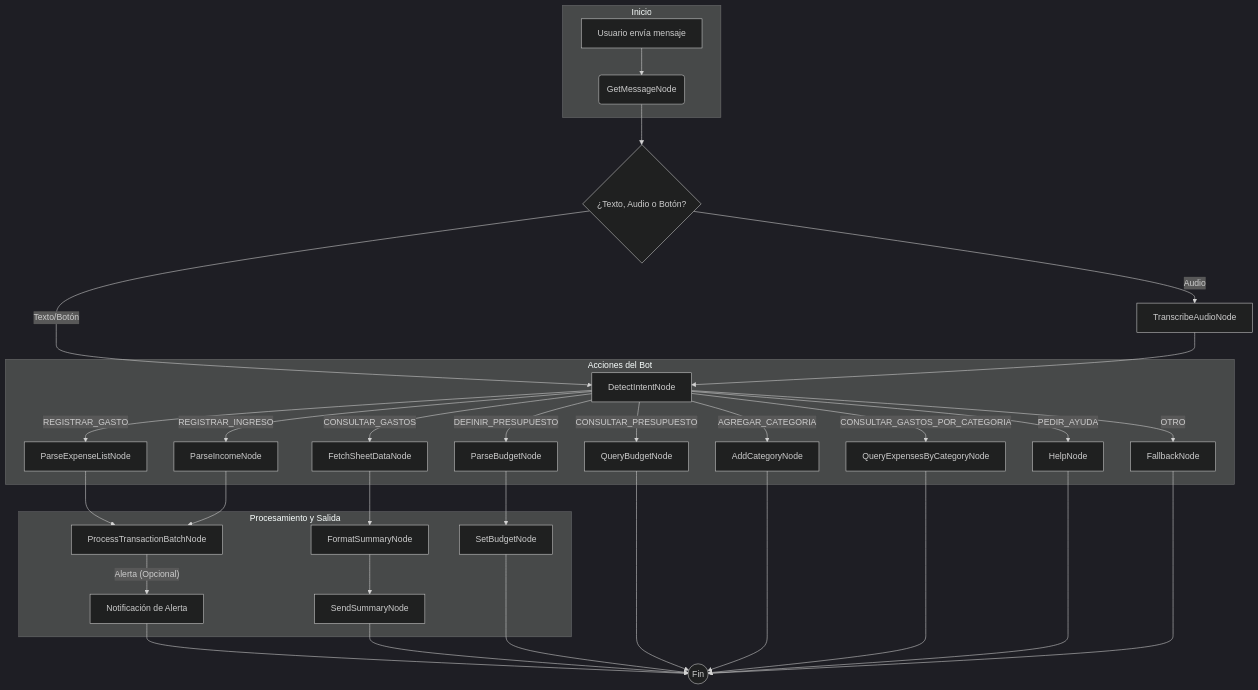
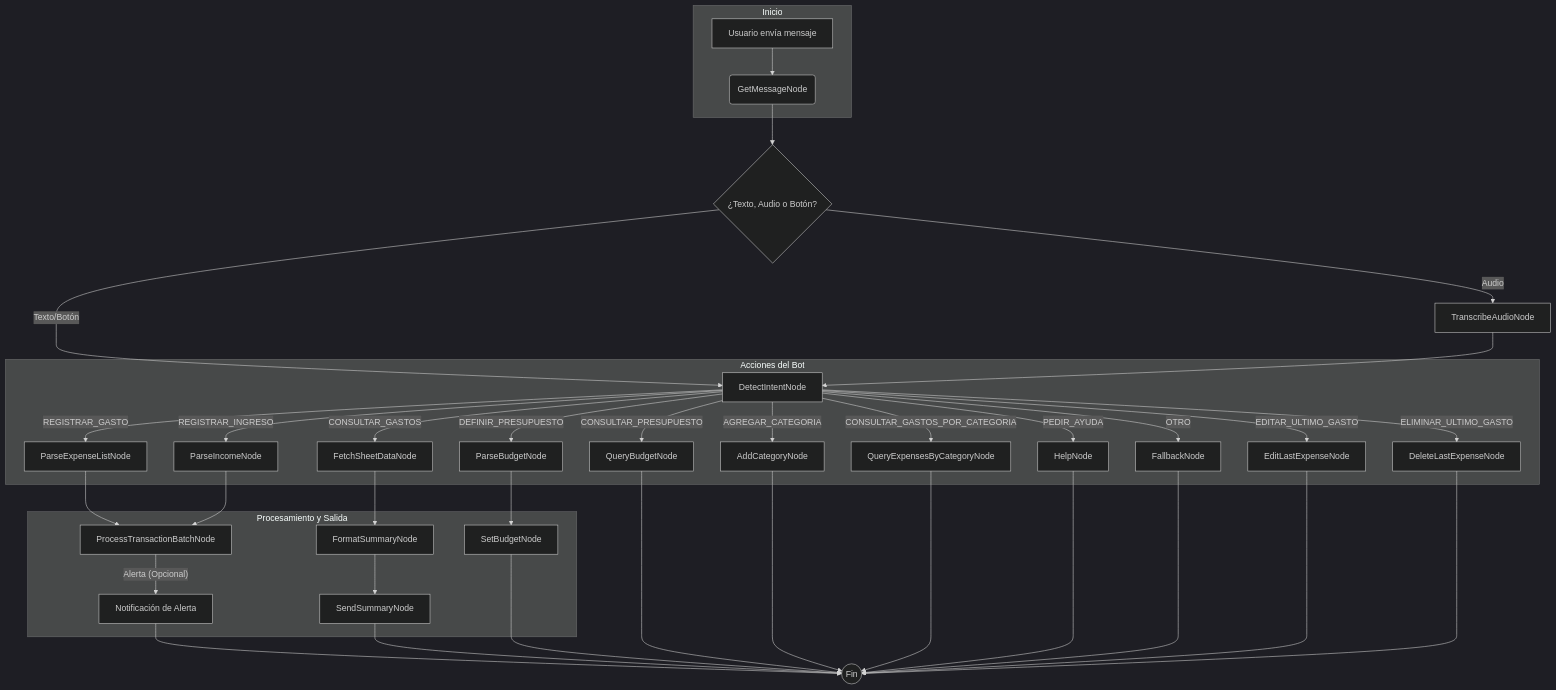
One commit to Juanchoalric/flux changed the diagram in README.md. Above: the diagram before and after it, drawn with Mermaid (dark theme). The commit also changed other lines of this file and 3 other files, not shown here.

Commit message:
Added edit and deletion for the last expense made

````diff
--- a/README.md
+++ b/README.md
@@ -34,41 +35,45 @@
 ```mermaid
 flowchart TD
     subgraph "Inicio"
         A[Usuario envía mensaje] --> B(GetMessageNode);
     end
 
     B --> C{¿Texto, Audio o Botón?};
     C -- Texto/Botón --> E[DetectIntentNode];
     C -- Audio --> D[TranscribeAudioNode];
     D --> E;
 
     subgraph "Acciones del Bot"
         E -- REGISTRAR_GASTO --> F[ParseExpenseListNode];
         E -- REGISTRAR_INGRESO --> G[ParseIncomeNode];
         E -- CONSULTAR_GASTOS --> H[FetchSheetDataNode];
         E -- DEFINIR_PRESUPUESTO --> I[ParseBudgetNode];
         E -- CONSULTAR_PRESUPUESTO --> J[QueryBudgetNode];
         E -- AGREGAR_CATEGORIA --> Q[AddCategoryNode];
         E -- CONSULTAR_GASTOS_POR_CATEGORIA --> R[QueryExpensesByCategoryNode];
         E -- PEDIR_AYUDA --> S[HelpNode];
         E -- OTRO --> T[FallbackNode];
+        E -- EDITAR_ULTIMO_GASTO --> U[EditLastExpenseNode];
+        E -- ELIMINAR_ULTIMO_GASTO --> V[DeleteLastExpenseNode];
     end
 
     F --> K[ProcessTransactionBatchNode];
     G --> K;
     
     subgraph "Procesamiento y Salida"
         K -- Alerta (Opcional) --> L[Notificación de Alerta];
         H --> M[FormatSummaryNode] --> N[SendSummaryNode];
         I --> O[SetBudgetNode];
     end
     
     L --> P((Fin));
     N --> P;
     O --> P;
     J --> P;
     Q --> P;
     R --> P;
     S --> P;
     T --> P;
+    U --> P;
+    V --> P;
 ```
````
